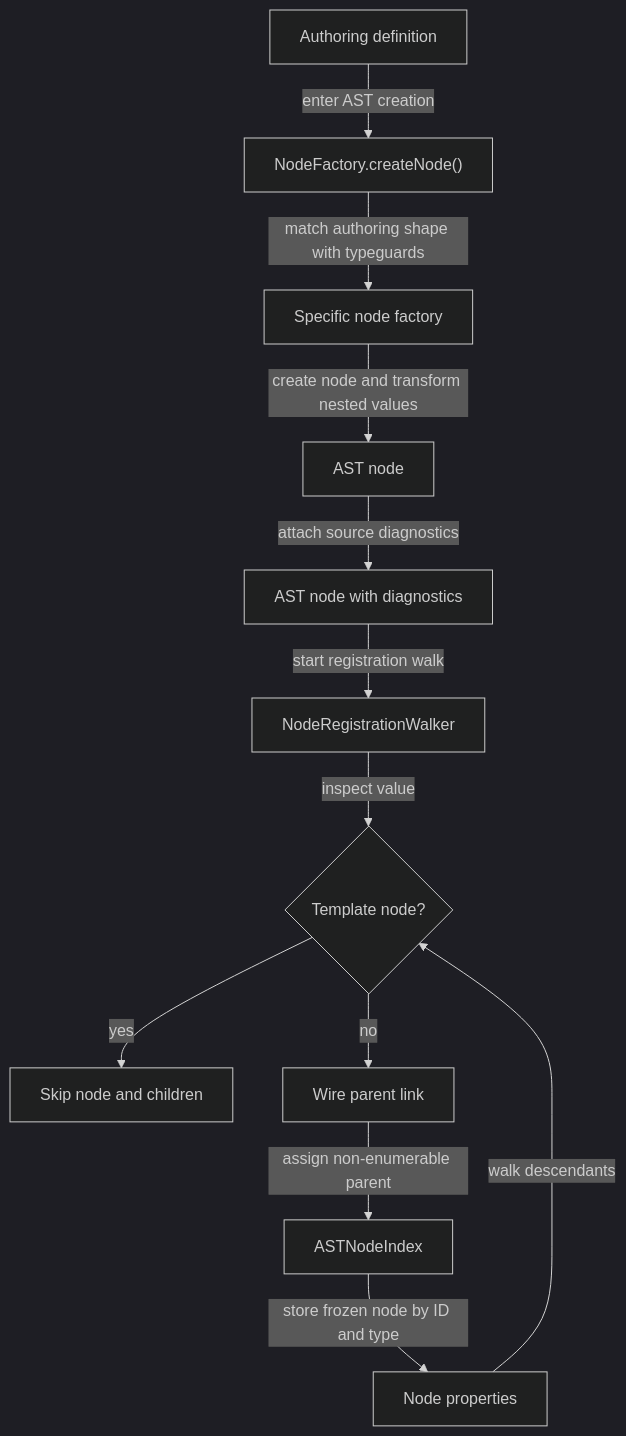
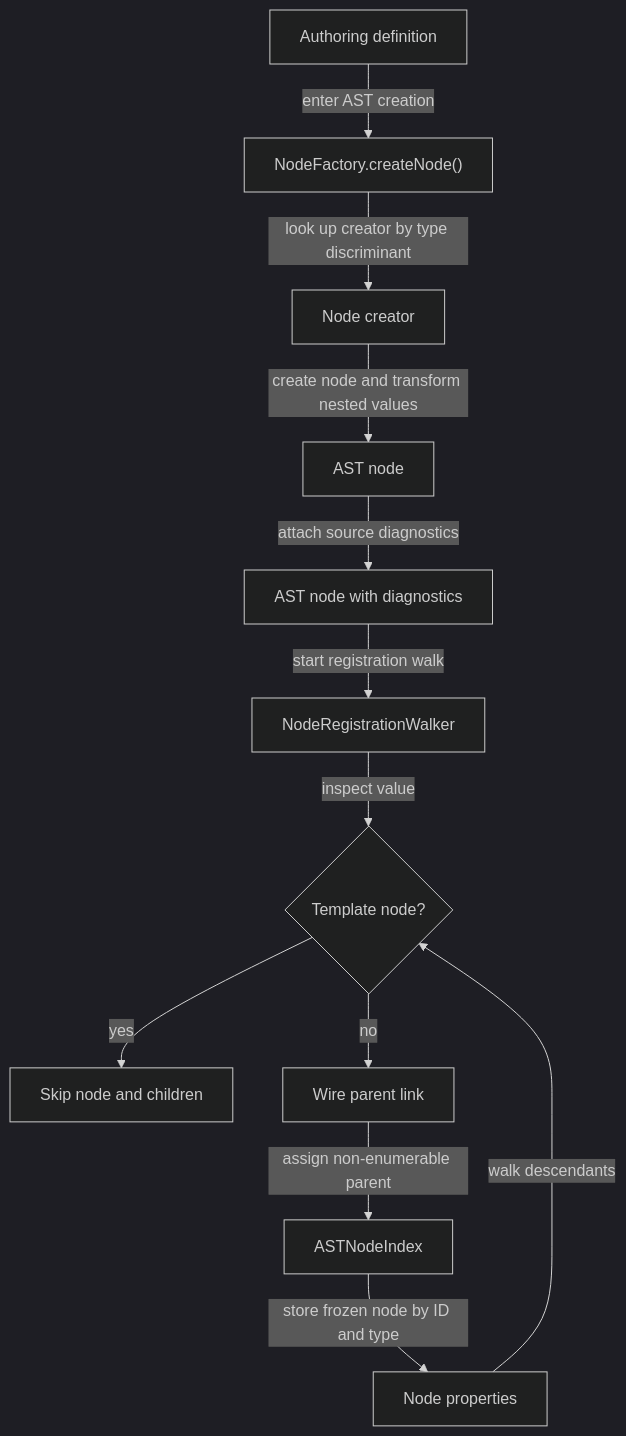
One commit to ministryofjustice/hmpps-forge changed the diagram in packages/forge-core/src/engine/compilation/ast/README.md. Above: the diagram before and after it, drawn with Mermaid (dark theme). The commit also changed other lines of this file and 77 other files, not shown here.

Commit message:
Rework NodeFactory into table-driven dispatch

````diff
--- a/packages/forge-core/src/engine/compilation/ast/README.md
+++ b/packages/forge-core/src/engine/compilation/ast/README.md
@@ -108,14 +108,14 @@
 ```mermaid
 flowchart TD
   authoringDefinition["Authoring definition"] -->|enter AST creation| nodeFactory["NodeFactory.createNode()"]
-  nodeFactory -->|match authoring shape with typeguards| specificFactory["Specific node factory"]
-  specificFactory -->|create node and transform nested values| astNode["AST node"]
+  nodeFactory -->|look up creator by type discriminant| nodeCreator["Node creator"]
+  nodeCreator -->|create node and transform nested values| astNode["AST node"]
   astNode -->|attach source diagnostics| diagnosticNode["AST node with diagnostics"]
   diagnosticNode -->|start registration walk| registrationWalker["NodeRegistrationWalker"]
   registrationWalker -->|inspect value| templateCheck{"Template node?"}
   templateCheck -->|yes| skipTemplate["Skip node and children"]
   templateCheck -->|no| wireParent["Wire parent link"]
   wireParent -->|assign non-enumerable parent| registerNode["ASTNodeIndex"]
   registerNode -->|store frozen node by ID and type| walkProperties["Node properties"]
   walkProperties -->|walk descendants| templateCheck
 ```
````
